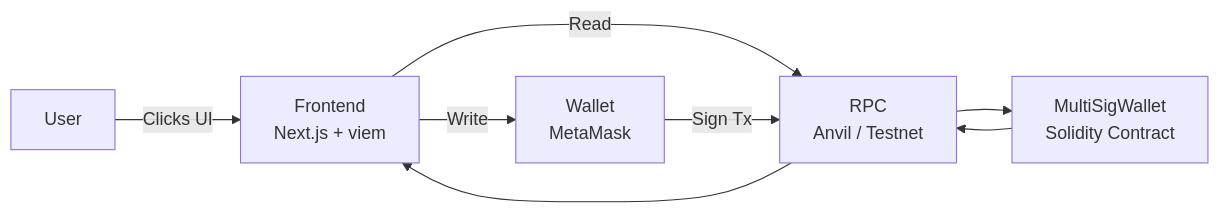
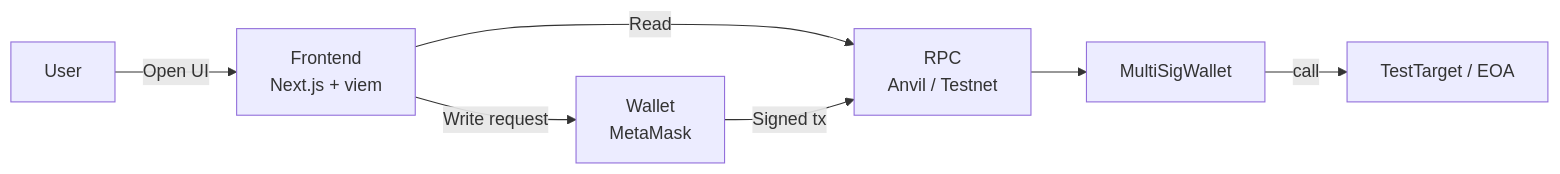
Before and after one commit to MaksRe/multisig-wallet: the first of 2 diagrams in README.md, drawn with Mermaid. The commit also changed other lines of this file and 17 other files, not shown here.

First line of the commit message:
feat: finalize multisig demo stack (contracts, frontend, scripts, docs)" -m "Contracts: - add TestTarget helper contract for multisig call testing - add TestTargetDeploy.s.sol - update MultiSigDeploy.s.sol to support env-driven owners/quorum

````diff
--- a/README.md
+++ b/README.md
@@ -11,10 +9,9 @@
 ```mermaid
 flowchart LR
-  User[User] -->|Clicks UI| Frontend[Frontend\nNext.js + viem]
+  User[User] -->|Open UI| Frontend[Frontend\nNext.js + viem]
   Frontend -->|Read| RPC[RPC\nAnvil / Testnet]
-  Frontend -->|Write| Wallet[Wallet\nMetaMask]
-  Wallet -->|Sign Tx| RPC
-  RPC --> Contract[MultiSigWallet\nSolidity Contract]
-  Contract --> RPC
-  RPC --> Frontend
+  Frontend -->|Write request| Wallet[Wallet\nMetaMask]
+  Wallet -->|Signed tx| RPC
+  RPC --> MultiSig[MultiSigWallet]
+  MultiSig -->|call| Target[TestTarget / EOA]
 ```
````
